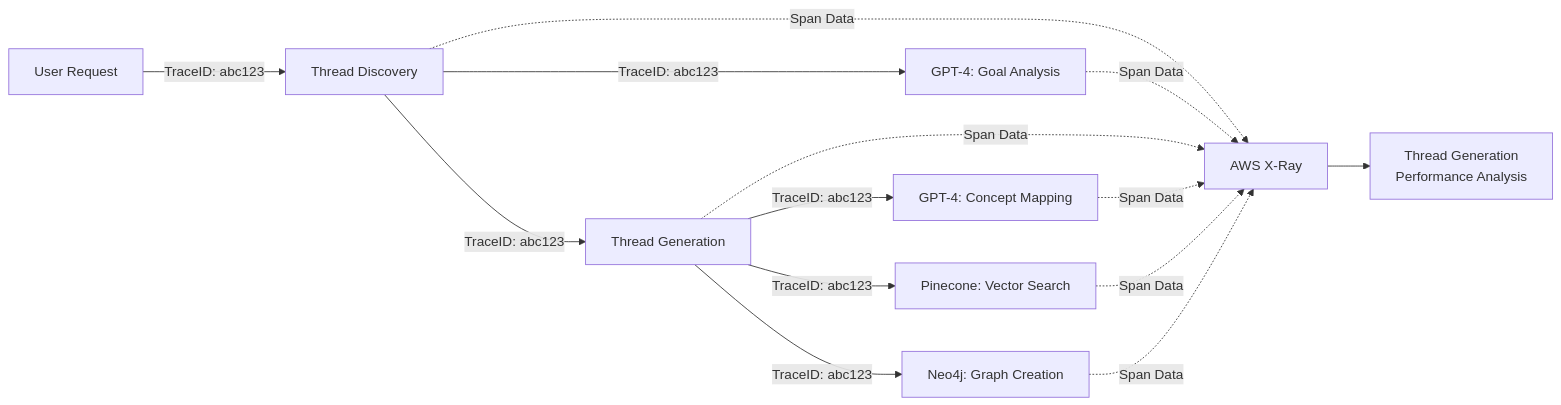
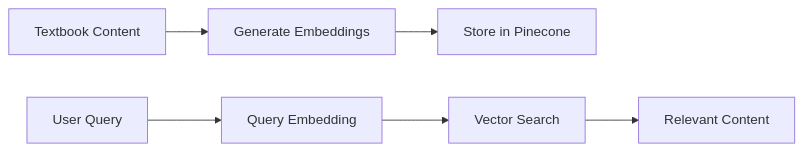
The fourth of 4 diagrams in docs/system_architecture_updated.md (G2-Spool/spool-frontend), drawn with Mermaid before and after one commit. The commit also changed other lines of this file and 42 other files, not shown here.

````diff
--- a/docs/system_architecture_updated.md
+++ b/docs/system_architecture_updated.md
@@ -528,18 +178,8 @@
 ```mermaid
 graph LR
-    A[User Request] -->|TraceID: abc123| B[Thread Discovery]
-    B -->|TraceID: abc123| C[GPT-4: Goal Analysis]
-    B -->|TraceID: abc123| D[Thread Generation]
-    D -->|TraceID: abc123| E[GPT-4: Concept Mapping]
-    D -->|TraceID: abc123| F[Pinecone: Vector Search]
-    D -->|TraceID: abc123| G[Neo4j: Graph Creation]
-    
-    B -.->|Span Data| H[AWS X-Ray]
-    C -.->|Span Data| H
-    D -.->|Span Data| H
-    E -.->|Span Data| H
-    F -.->|Span Data| H
-    G -.->|Span Data| H
-    
-    H --> I[Thread Generation<br/>Performance Analysis]
+    A[Textbook Content] --> B[Generate Embeddings]
+    B --> C[Store in Pinecone]
+    D[User Query] --> E[Query Embedding]
+    E --> F[Vector Search]
+    F --> G[Relevant Content]
 ```
````
